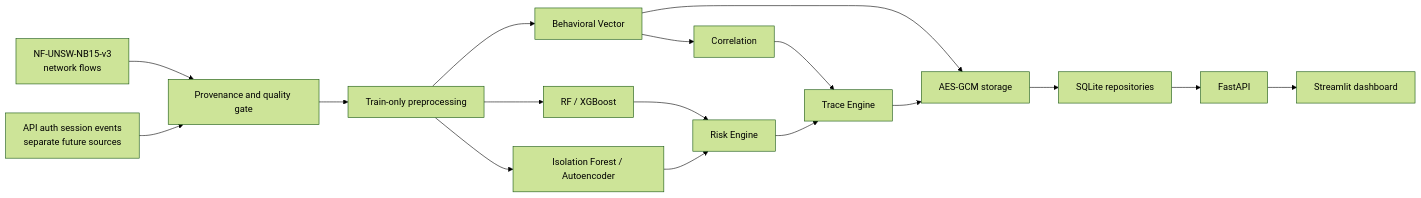
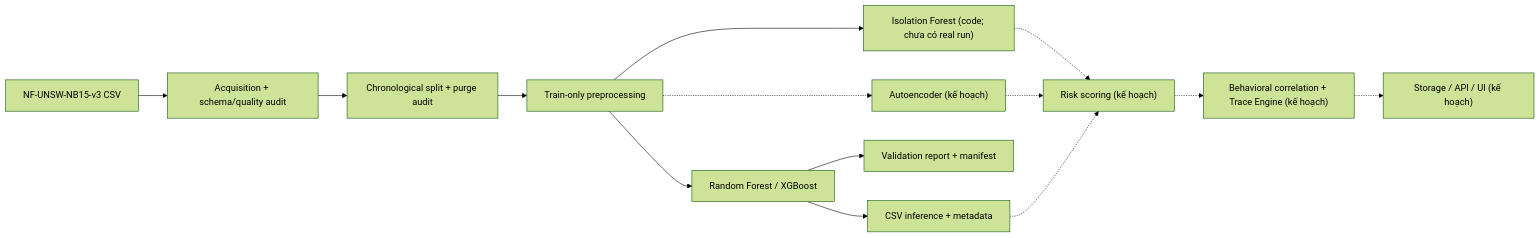
One commit to doctor-cato/AI-NETWORK-ANOMALY-DETECTION-TRACEABILITY-MAIN changed the diagram in README.md. Above: the diagram before and after it, drawn with Mermaid (forest theme). The commit also changed other lines of this file, not shown here.

First line of the commit message:
docs(readme): present verified project status and validation results

````diff
--- a/README.md
+++ b/README.md
@@ -40,19 +43,16 @@
 ```mermaid
 flowchart LR
-    A[NF-UNSW-NB15-v3<br/>network flows] --> B[Provenance and quality gate]
-    X[API auth session events<br/>separate future sources] --> B
-    B --> C[Train-only preprocessing]
-    C --> D[RF / XGBoost]
-    C --> E[Isolation Forest / Autoencoder]
-    C --> F[Behavioral Vector]
-    D --> G[Risk Engine]
-    E --> G
-    F --> H[Correlation]
-    H --> I[Trace Engine]
-    G --> I
-    F --> J[AES-GCM storage]
-    I --> J
-    J --> K[SQLite repositories]
-    K --> L[FastAPI]
-    L --> M[Streamlit dashboard]
+    A["NF-UNSW-NB15-v3 CSV"] --> B["Acquisition + schema/quality audit"]
+    B --> C["Chronological split + purge audit"]
+    C --> D["Train-only preprocessing"]
+    D --> E["Random Forest / XGBoost"]
+    D --> F["Isolation Forest (code; chưa có real run)"]
+    D -.-> G["Autoencoder (kế hoạch)"]
+    E --> H["Validation report + manifest"]
+    E --> I["CSV inference + metadata"]
+    F -.-> J["Risk scoring (kế hoạch)"]
+    G -.-> J
+    I -.-> J
+    J -.-> K["Behavioral correlation + Trace Engine (kế hoạch)"]
+    K -.-> L["Storage / API / UI (kế hoạch)"]
 ```
````
